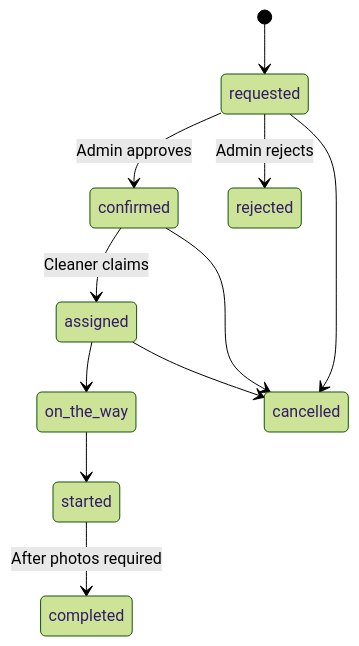
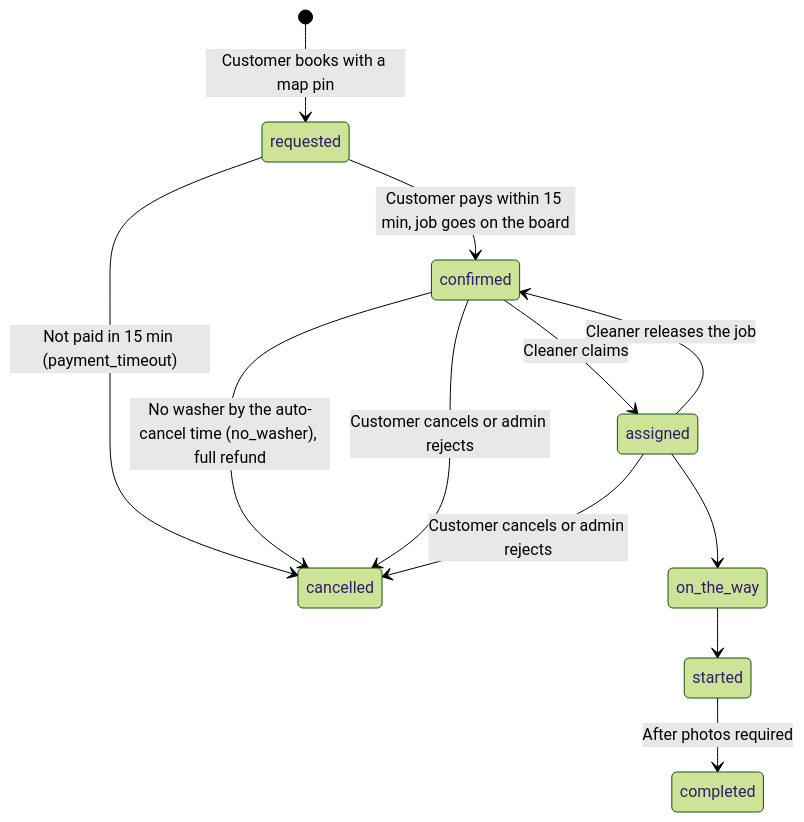
Before and after one commit to Stalighttechnology/stalightride: the second of 2 diagrams in docs/03-business-rules.md, drawn with Mermaid (forest theme). The commit also changed other lines of this file and 15 other files, not shown here.

````diff
--- a/docs/03-business-rules.md
+++ b/docs/03-business-rules.md
@@ -170,13 +173,14 @@
 ```mermaid
 stateDiagram-v2
-    [*] --> requested
-    requested --> confirmed: Admin approves
-    requested --> rejected: Admin rejects
+    [*] --> requested: Customer books with a map pin
+    requested --> confirmed: Customer pays within 15 min, job goes on the board
+    requested --> cancelled: Not paid in 15 min (payment_timeout)
     confirmed --> assigned: Cleaner claims
+    assigned --> confirmed: Cleaner releases the job
     assigned --> on_the_way
     on_the_way --> started
     started --> completed: After photos required
-    requested --> cancelled
-    confirmed --> cancelled
-    assigned --> cancelled
+    confirmed --> cancelled: No washer by the auto-cancel time (no_washer), full refund
+    confirmed --> cancelled: Customer cancels or admin rejects
+    assigned --> cancelled: Customer cancels or admin rejects
 ```
````
